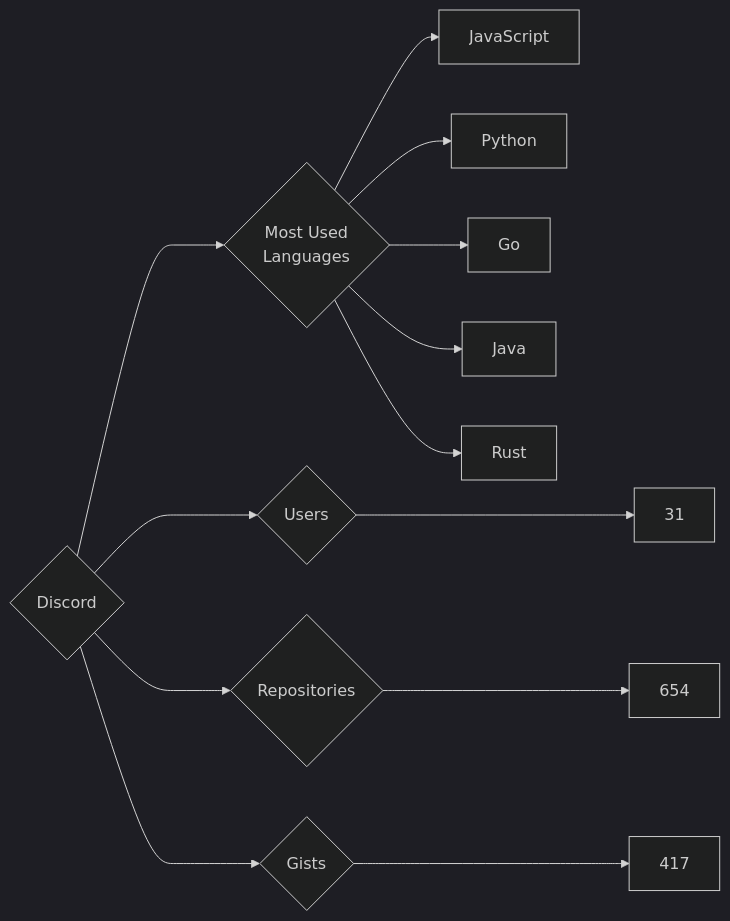
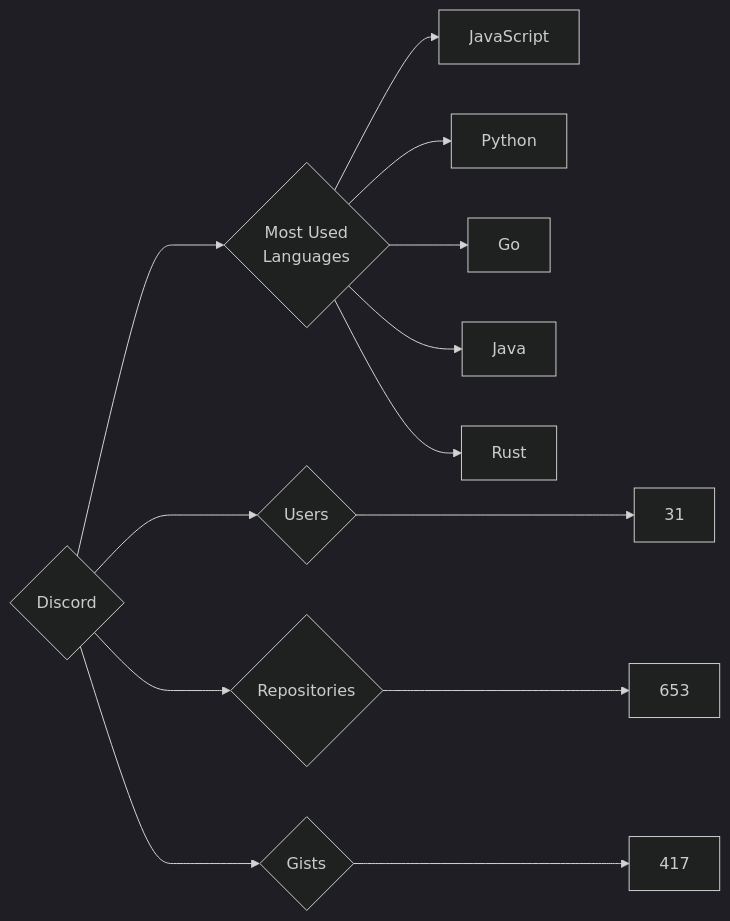
The diagram in targets/Discord/README.md (trickest/insiders), drawn with Mermaid (dark theme) before and after one commit. The commit also changed 440 other files, not shown here.

````diff
--- a/targets/Discord/README.md
+++ b/targets/Discord/README.md
@@ -3,13 +3,13 @@
 ```mermaid
 graph LR
 COMPANY_NAME{Discord}
 COMPANY_NAME ---> U{Users} ---> UN[31]
-COMPANY_NAME ---> R{Repositories} ---> RN[654]
+COMPANY_NAME ---> R{Repositories} ---> RN[653]
 COMPANY_NAME ---> G{Gists} ---> GN[417]
 COMPANY_NAME ---> ML{Most Used<br>Languages}
 ML --> JavaScript[JavaScript]
 ML --> Python[Python]
 ML --> Go[Go]
 ML --> Java[Java]
 ML --> Rust[Rust]
 ```
````
